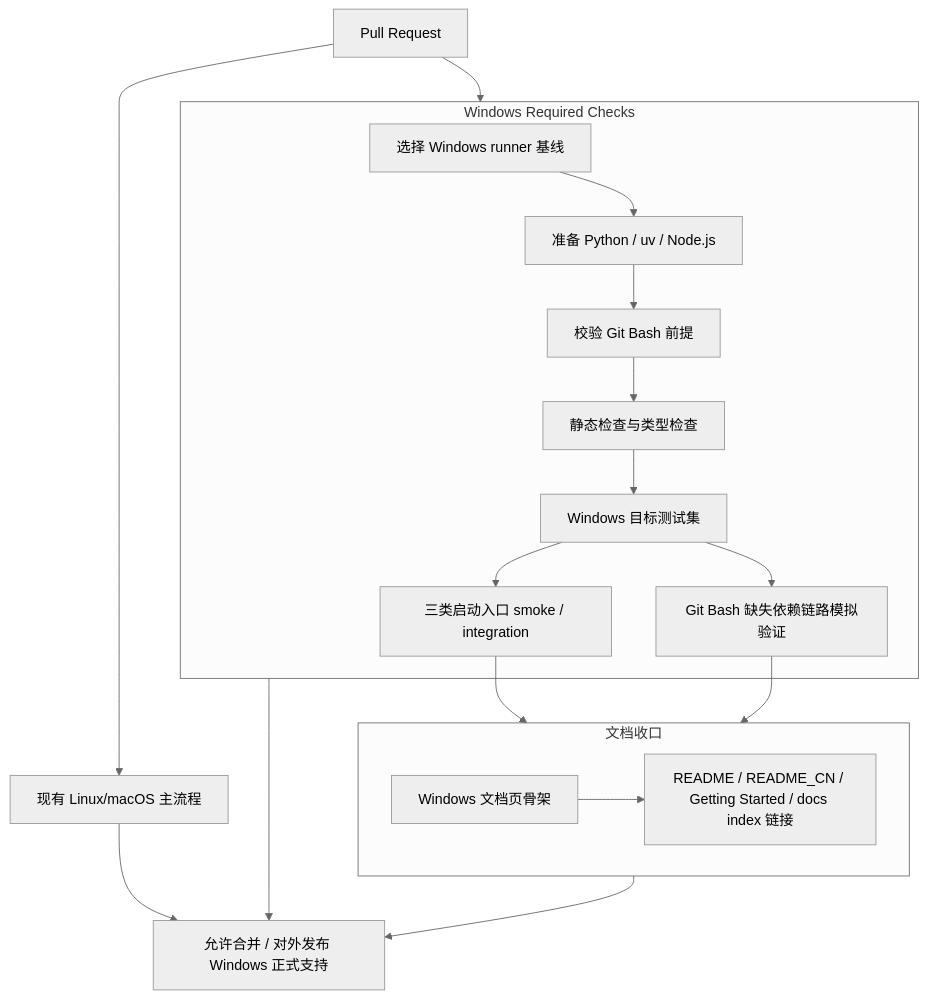
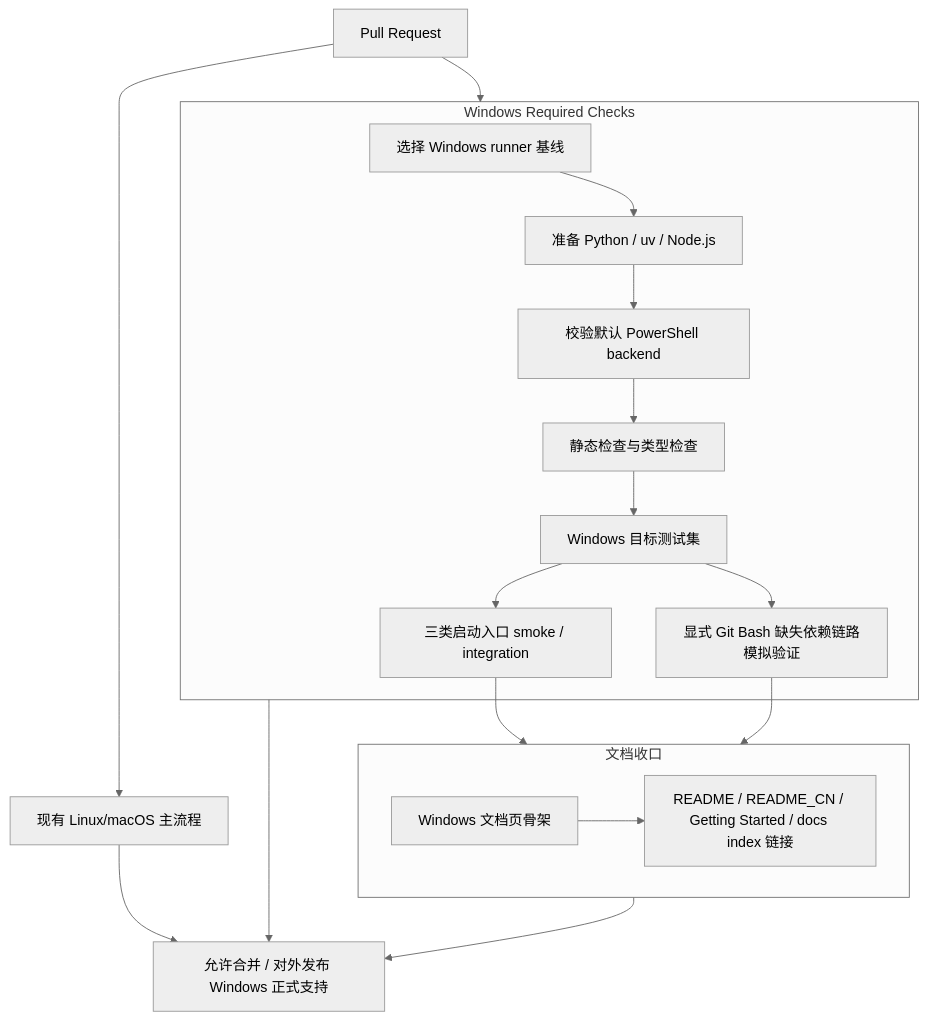
One commit to nex-agi/NexAU changed the first of 2 diagrams in docs/rfcs/0020-windows-validation-ci-and-docs.md. Above: the diagram before and after it, drawn with Mermaid (neutral theme). The commit also changed other lines of this file and 103 other files, not shown here.

First line of the commit message:
RFC-0019/0020：Windows 默认 PowerShell 支持与 CI 验证 (#491)

````diff
--- a/docs/rfcs/0020-windows-validation-ci-and-docs.md
+++ b/docs/rfcs/0020-windows-validation-ci-and-docs.md
@@ -106,33 +110,33 @@
 ```mermaid
 flowchart TD
   PR[Pull Request]
   Linux[现有 Linux/macOS 主流程]
 
   subgraph WCI[Windows Required Checks]
     W1[选择 Windows runner 基线]
     W2[准备 Python / uv / Node.js]
-    W3[校验 Git Bash 前提]
+    W3[校验默认 PowerShell backend]
     W4[静态检查与类型检查]
     W5[Windows 目标测试集]
     W6[三类启动入口 smoke / integration]
-    W7[Git Bash 缺失依赖链路模拟验证]
+    W7[显式 Git Bash 缺失依赖链路模拟验证]
 
     W1 --> W2 --> W3 --> W4 --> W5
     W5 --> W6
     W5 --> W7
   end
 
   subgraph DOCS[文档收口]
     D1[Windows 文档页骨架]
     D2[README / README_CN / Getting Started / docs index 链接]
     D1 --> D2
   end
 
   PR --> Linux
   PR --> WCI
   W6 --> DOCS
   W7 --> DOCS
   Linux --> Merge[允许合并 / 对外发布 Windows 正式支持]
   WCI --> Merge
   DOCS --> Merge
 ```
````
